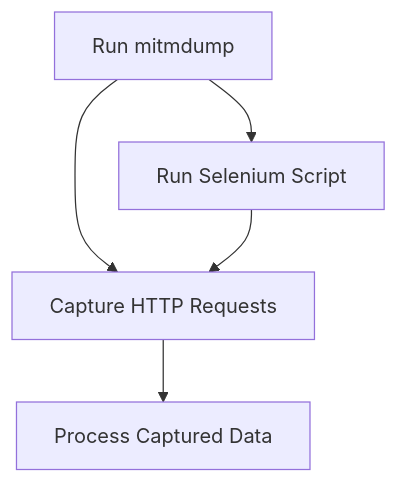
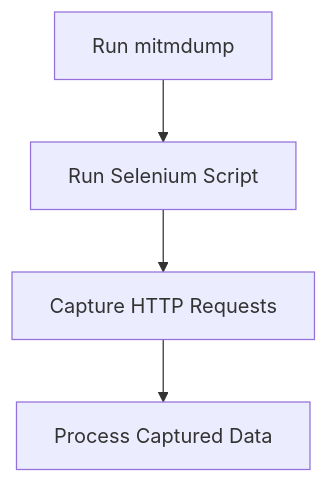
One commit to jonruida/PowerBI_Insights changed the first of 3 diagrams in README.md. Above: the diagram before and after it, drawn with Mermaid. The commit also changed other lines of this file, not shown here.

````diff
--- a/README.md
+++ b/README.md
@@ -10,9 +10,8 @@
 ```mermaid
 graph TD;
     B[Run mitmdump];
     B --> C[Run Selenium Script];
-    B --> D[Run Selenium Script];
     C --> D[Capture HTTP Requests];
     D --> E[Process Captured Data];
     
 ```
````
